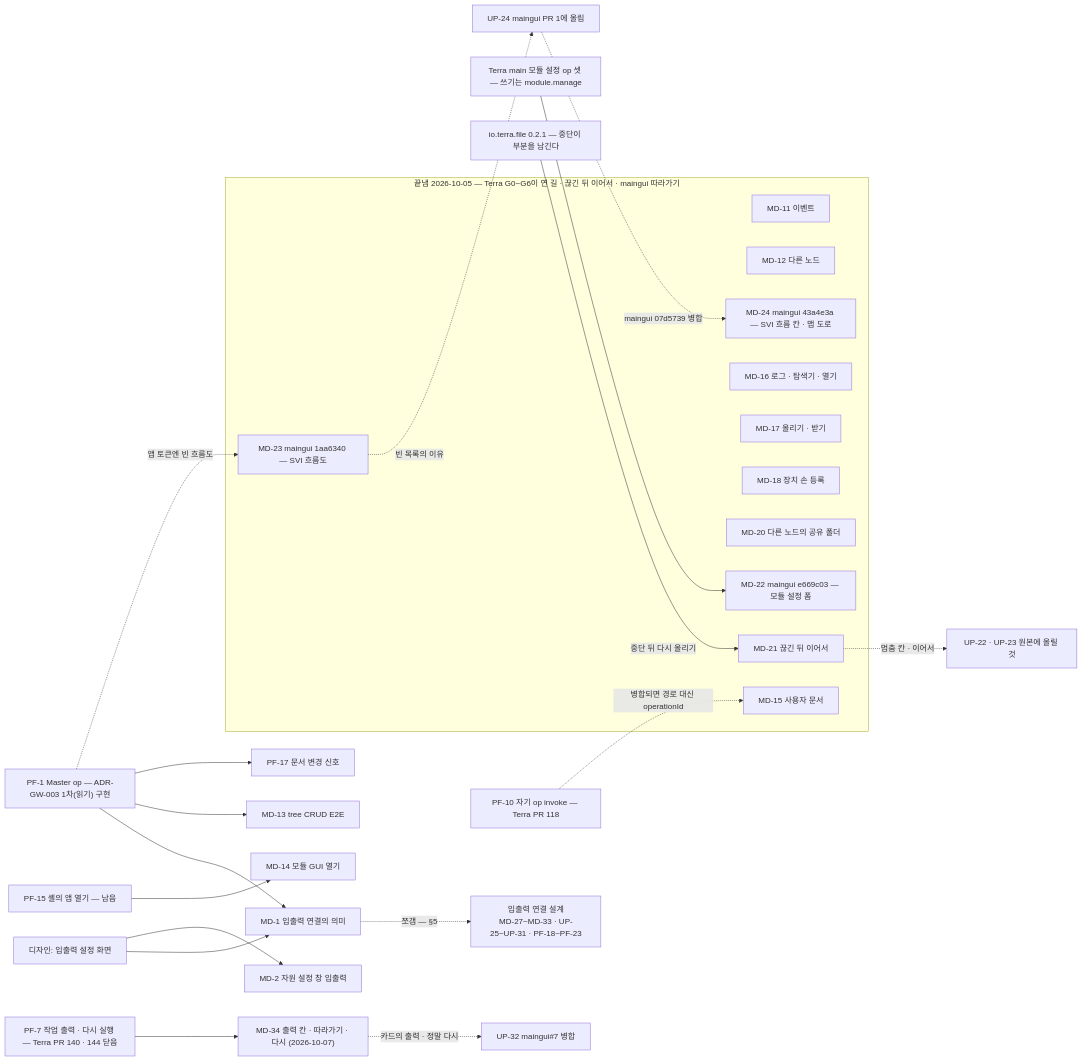
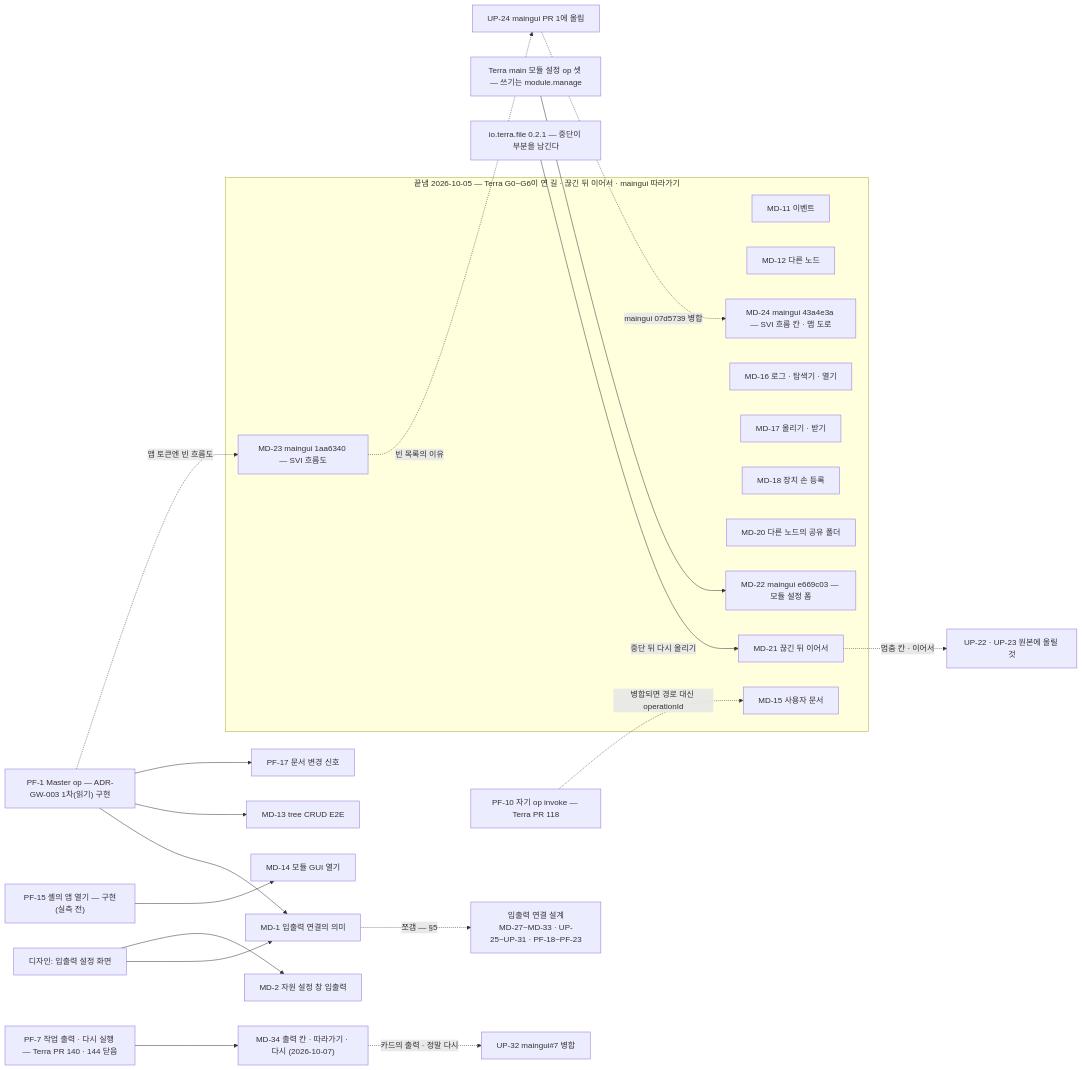
The diagram in common/lab.stellaxia.node-gui/web/docs/guides/implementation-backlog.md (StellaxiaLab/modules), drawn with Mermaid before and after one commit. The commit also changed other lines of this file, not shown here.

Commit message:
docs(node-gui): PF-15·MD-14 상태 갱신 — 구현됨, 실측 전

````diff
--- a/common/lab.stellaxia.node-gui/web/docs/guides/implementation-backlog.md
+++ b/common/lab.stellaxia.node-gui/web/docs/guides/implementation-backlog.md
@@ -64,32 +64,32 @@
 ```mermaid
 flowchart LR
   subgraph DONE["끝냄 2026-10-05 — Terra G0~G6이 연 길 · 끊긴 뒤 이어서 · maingui 따라가기"]
     MD11["MD-11 이벤트"]
     MD12["MD-12 다른 노드"]
     MD15["MD-15 사용자 문서"]
     MD16["MD-16 로그 · 탐색기 · 열기"]
     MD17["MD-17 올리기 · 받기"]
     MD18["MD-18 장치 손 등록"]
     MD20["MD-20 다른 노드의 공유 폴더"]
     MD21["MD-21 끊긴 뒤 이어서"]
     MD22["MD-22 maingui e669c03 — 모듈 설정 폼"]
     MD23["MD-23 maingui 1aa6340 — SVI 흐름도"]
     MD24["MD-24 maingui 43a4e3a — SVI 흐름 칸 · 맵 도로"]
   end
   CFG["Terra main 모듈 설정 op 셋 — 쓰기는 module.manage"] --> MD22
   FILE021["io.terra.file 0.2.1 — 중단이 부분을 남긴다"] -->|"중단 뒤 다시 올리기"| MD21
   MD21 -.->|"멈춤 칸 · 이어서"| UP22["UP-22 · UP-23 원본에 올릴 것"]
   MD23 -.->|"빈 목록의 이유"| UP24["UP-24 maingui PR 1에 올림"]
   UP24 -.->|"maingui 07d5739 병합"| MD24
   PF10["PF-10 자기 op invoke — Terra PR 118"] -.->|"병합되면 경로 대신 operationId"| MD15
   PF1["PF-1 Master op — ADR-GW-003 1차(읽기) 구현"] --> MD1["MD-1 입출력 연결의 의미"]
   PF1 --> MD13["MD-13 tree CRUD E2E"]
   PF1 --> PF17["PF-17 문서 변경 신호"]
   PF1 -.->|"앱 토큰엔 빈 흐름도"| MD23
-  PF15["PF-15 셸의 앱 열기 — 남음"] --> MD14["MD-14 모듈 GUI 열기"]
+  PF15["PF-15 셸의 앱 열기 — 구현(실측 전)"] --> MD14["MD-14 모듈 GUI 열기"]
   DES["디자인: 입출력 설정 화면"] --> MD1
   DES --> MD2["MD-2 자원 설정 창 입출력"]
   MD1 -.->|"쪼갬 — §5"| IOD["입출력 연결 설계<br/>MD-27~MD-33 · UP-25~UP-31 · PF-18~PF-23"]
   PF7["PF-7 작업 출력 · 다시 실행 — Terra PR 140 · 144 닫음"] --> MD34["MD-34 출력 칸 · 따라가기 · 다시 (2026-10-07)"]
   MD34 -.->|"카드의 출력 · 정말 다시"| UP32["UP-32 maingui#7 병합"]
 ```
````
